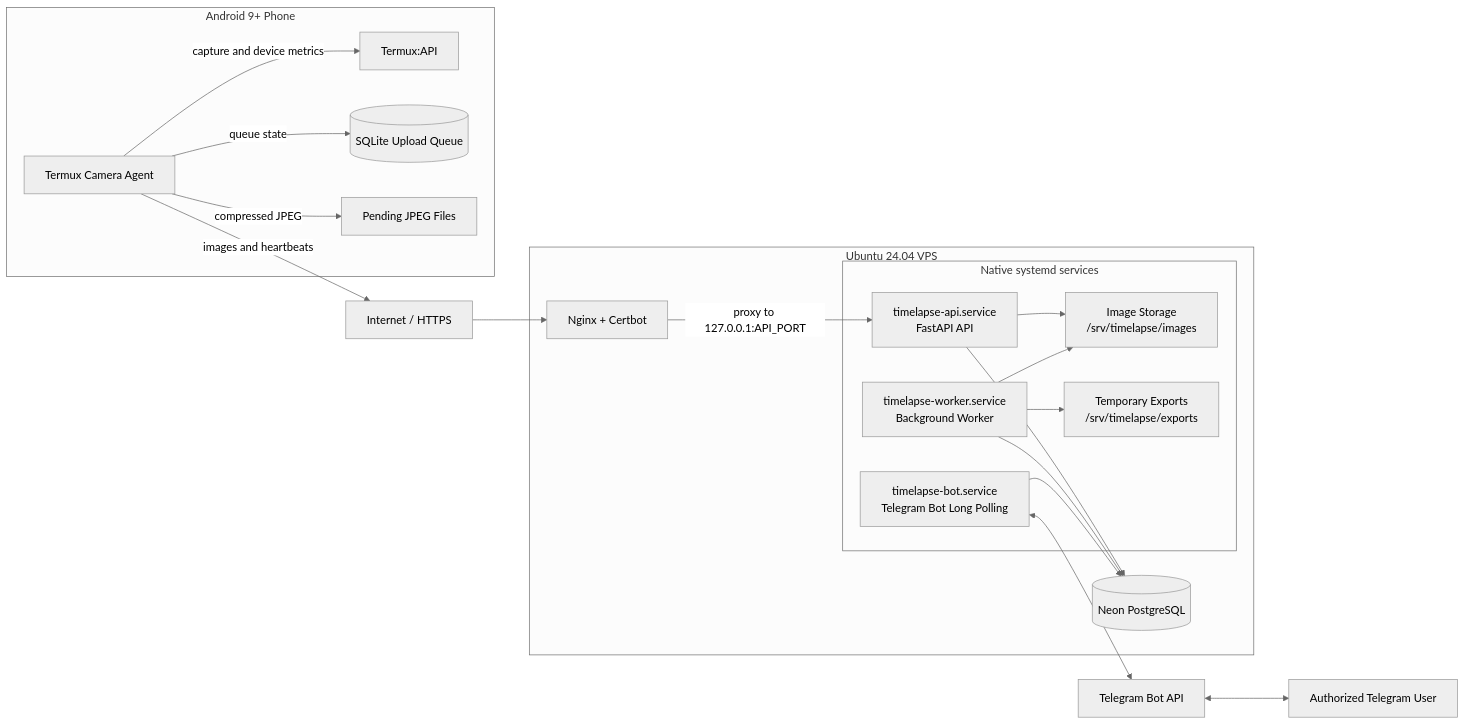
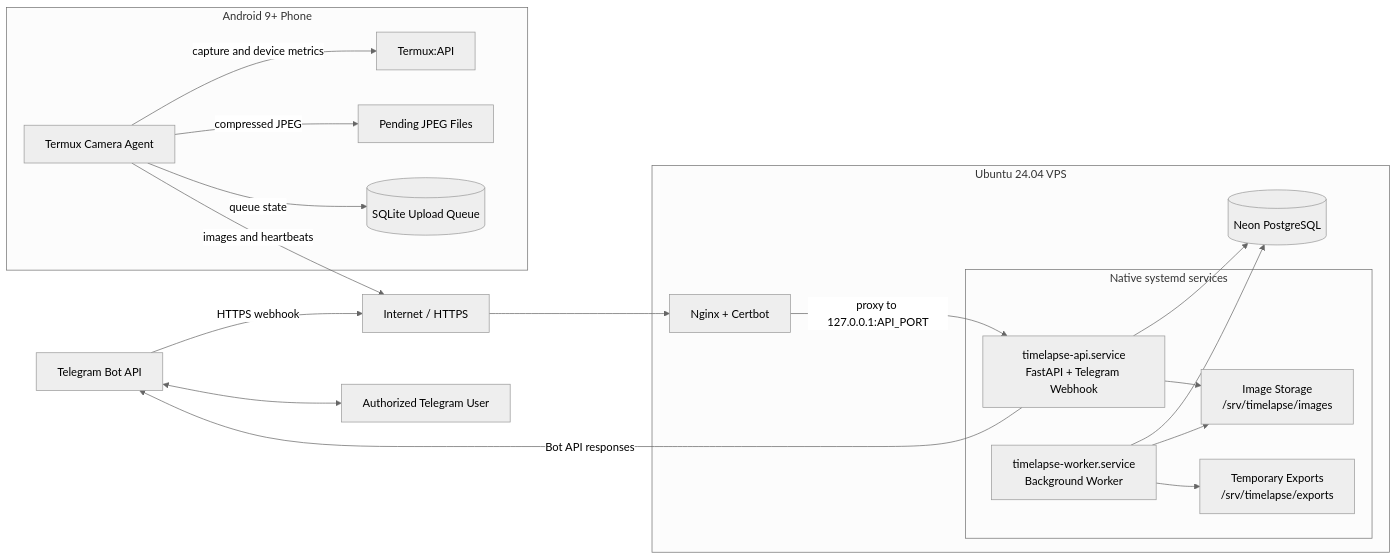
The first of 8 diagrams in docs/ARCHITECTURE.md (abdtirtayasa24/android-remote-agent), drawn with Mermaid (neutral theme) before and after one commit. The commit also changed other lines of this file and 21 other files, not shown here.

Commit message:
feat: move Telegram bot to FastAPI webhook

````diff
--- a/docs/ARCHITECTURE.md
+++ b/docs/ARCHITECTURE.md
@@ -83,40 +83,39 @@
 ```mermaid
 flowchart LR
     User[Authorized Telegram User]
     Telegram[Telegram Bot API]
     Internet[Internet / HTTPS]
 
     subgraph Phone[Android 9+ Phone]
         Agent[Termux Camera Agent]
         TermuxAPI[Termux:API]
         LocalDB[(SQLite Upload Queue)]
         Pending[Pending JPEG Files]
         Agent -->|capture and device metrics| TermuxAPI
         Agent -->|compressed JPEG| Pending
         Agent -->|queue state| LocalDB
     end
 
     subgraph VPS[Ubuntu 24.04 VPS]
         Nginx[Nginx + Certbot]
         subgraph Systemd[Native systemd services]
-            API[timelapse-api.service<br/>FastAPI API]
+            API[timelapse-api.service<br/>FastAPI + Telegram Webhook]
             Worker[timelapse-worker.service<br/>Background Worker]
-            Bot[timelapse-bot.service<br/>Telegram Bot Long Polling]
             Images[Image Storage<br/>/srv/timelapse/images]
             Exports[Temporary Exports<br/>/srv/timelapse/exports]
         end
         DB[(Neon PostgreSQL)]
         Nginx -->|proxy to 127.0.0.1:API_PORT| API
         API --> DB
         API --> Images
         Worker --> DB
         Worker --> Images
         Worker --> Exports
-        Bot --> DB
     end
 
     Agent -->|images and heartbeats| Internet
     Internet --> Nginx
-    Bot <--> Telegram
+    Telegram -->|HTTPS webhook| Internet
+    API -->|Bot API responses| Telegram
     Telegram <--> User
 ```
````
